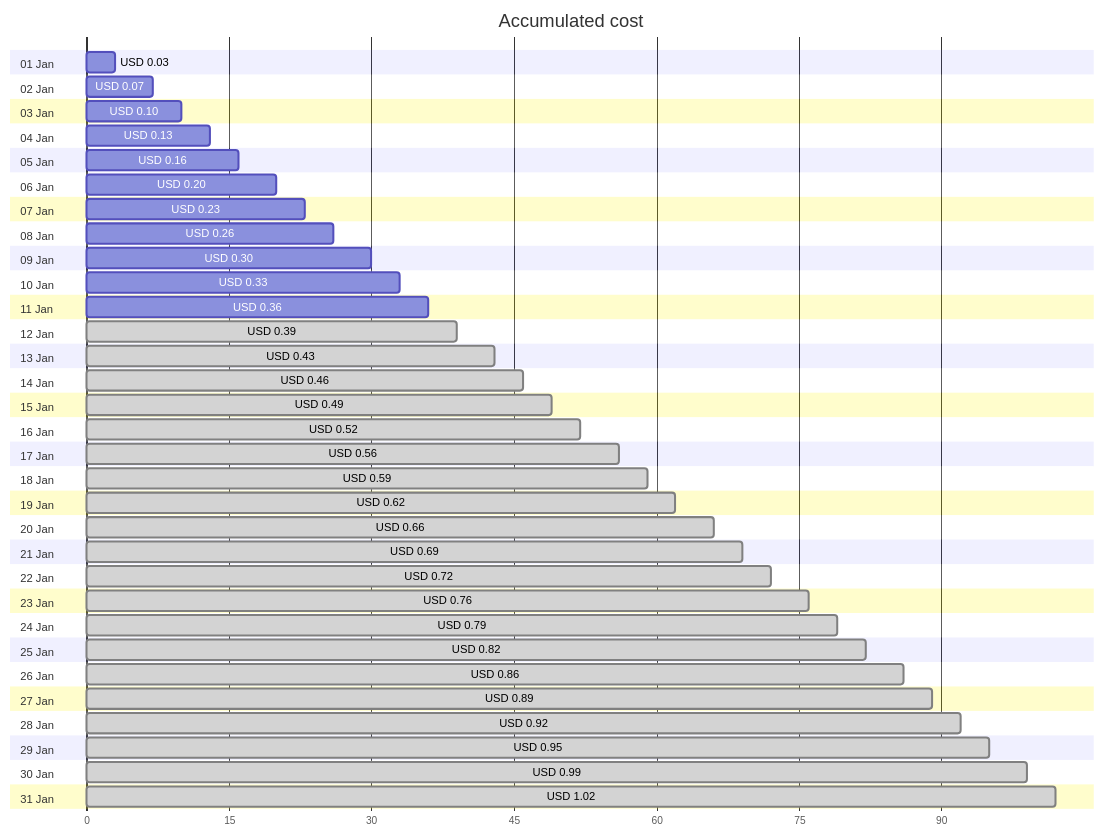
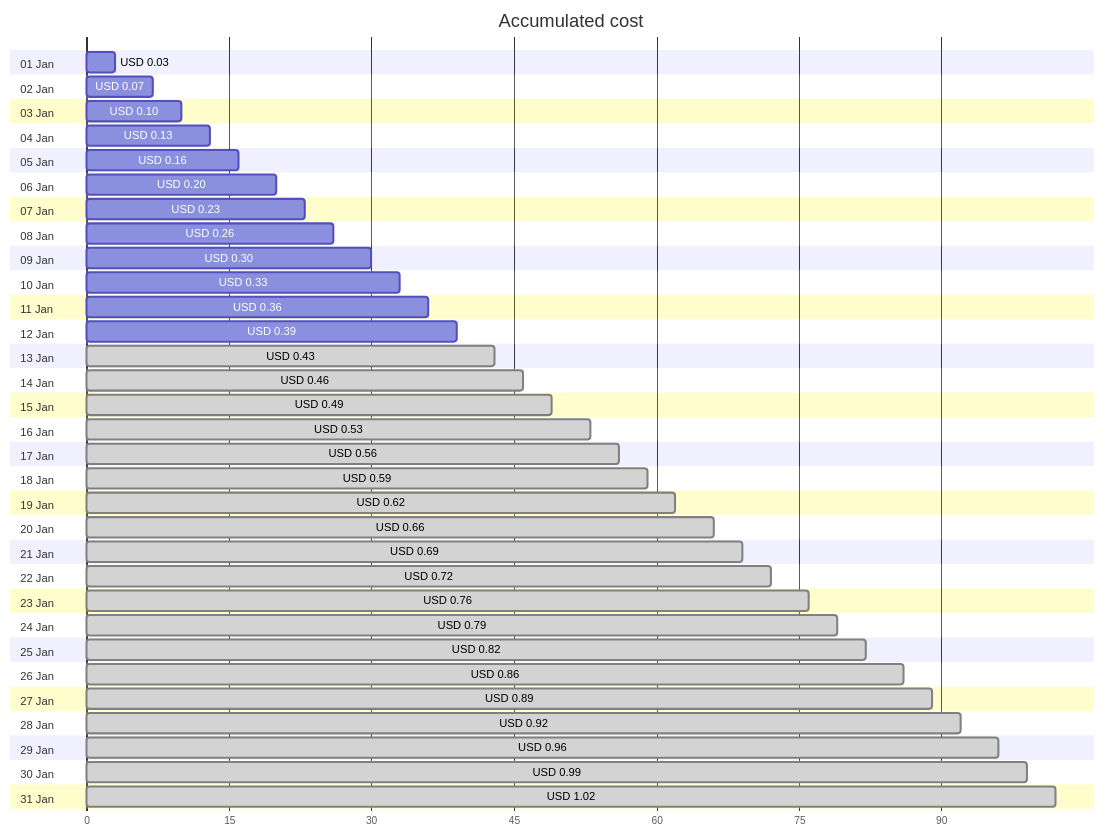
The first of 4 diagrams in cost-reports/personal-dns/README.md (jpfulton/azure-personal-reports), drawn with Mermaid before and after one commit. The commit also changed other lines of this file and 2 other files, not shown here.

````diff
--- a/cost-reports/personal-dns/README.md
+++ b/cost-reports/personal-dns/README.md
@@ -20,68 +20,68 @@
 ```mermaid
 gantt
    title Accumulated cost
    dateFormat  X
    axisFormat %s
    section 01 Jan
    USD 0.03 :0, 3
    section 02 Jan
    USD 0.07 :0, 7
    section 03 Jan
    USD 0.10 :0, 10
    section 04 Jan
    USD 0.13 :0, 13
    section 05 Jan
    USD 0.16 :0, 16
    section 06 Jan
    USD 0.20 :0, 20
    section 07 Jan
    USD 0.23 :0, 23
    section 08 Jan
    USD 0.26 :0, 26
    section 09 Jan
    USD 0.30 :0, 30
    section 10 Jan
    USD 0.33 :0, 33
    section 11 Jan
    USD 0.36 :0, 36
    section 12 Jan
-   USD 0.39 : done, 0, 39
+   USD 0.39 :0, 39
    section 13 Jan
    USD 0.43 : done, 0, 43
    section 14 Jan
    USD 0.46 : done, 0, 46
    section 15 Jan
    USD 0.49 : done, 0, 49
    section 16 Jan
-   USD 0.52 : done, 0, 52
+   USD 0.53 : done, 0, 53
    section 17 Jan
    USD 0.56 : done, 0, 56
    section 18 Jan
    USD 0.59 : done, 0, 59
    section 19 Jan
    USD 0.62 : done, 0, 62
    section 20 Jan
    USD 0.66 : done, 0, 66
    section 21 Jan
    USD 0.69 : done, 0, 69
    section 22 Jan
    USD 0.72 : done, 0, 72
    section 23 Jan
    USD 0.76 : done, 0, 76
    section 24 Jan
    USD 0.79 : done, 0, 79
    section 25 Jan
    USD 0.82 : done, 0, 82
    section 26 Jan
    USD 0.86 : done, 0, 86
    section 27 Jan
    USD 0.89 : done, 0, 89
    section 28 Jan
    USD 0.92 : done, 0, 92
    section 29 Jan
-   USD 0.95 : done, 0, 95
+   USD 0.96 : done, 0, 96
    section 30 Jan
    USD 0.99 : done, 0, 99
    section 31 Jan
    USD 1.02 : done, 0, 102
 ```
````
